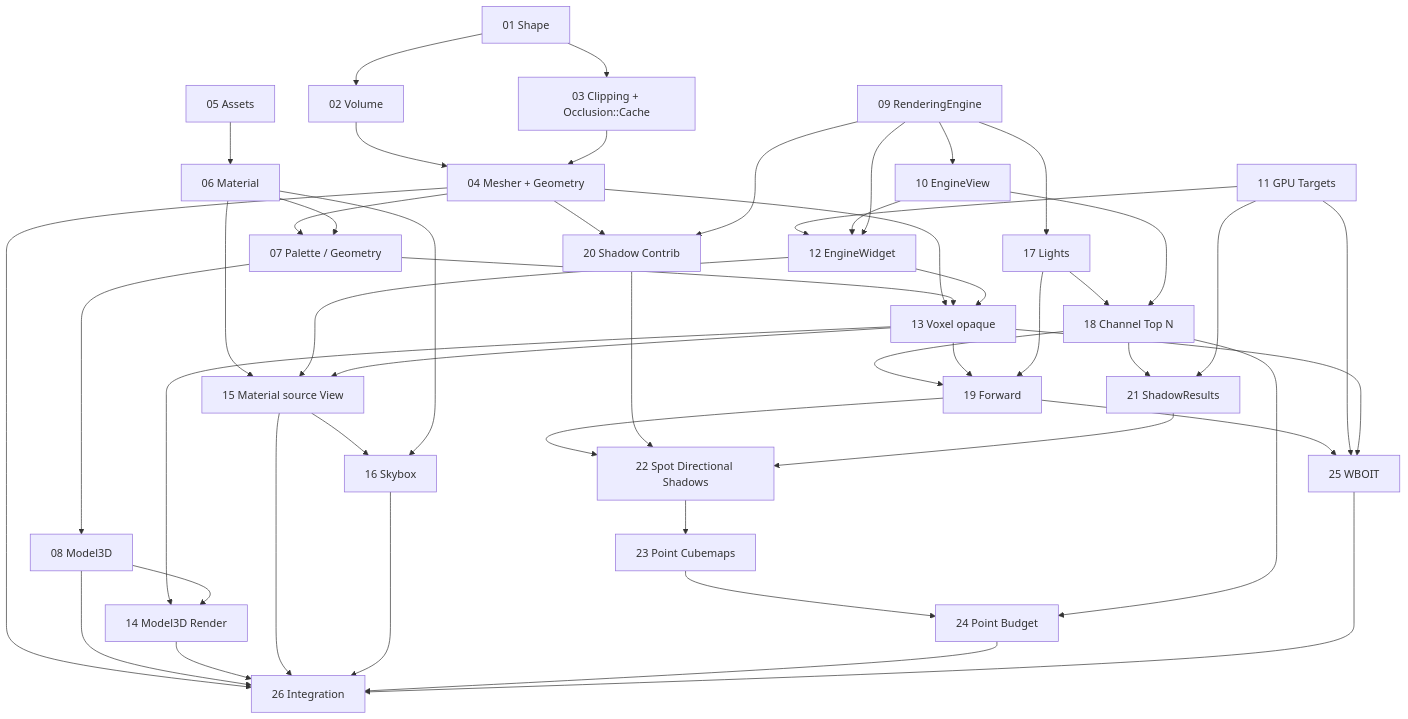
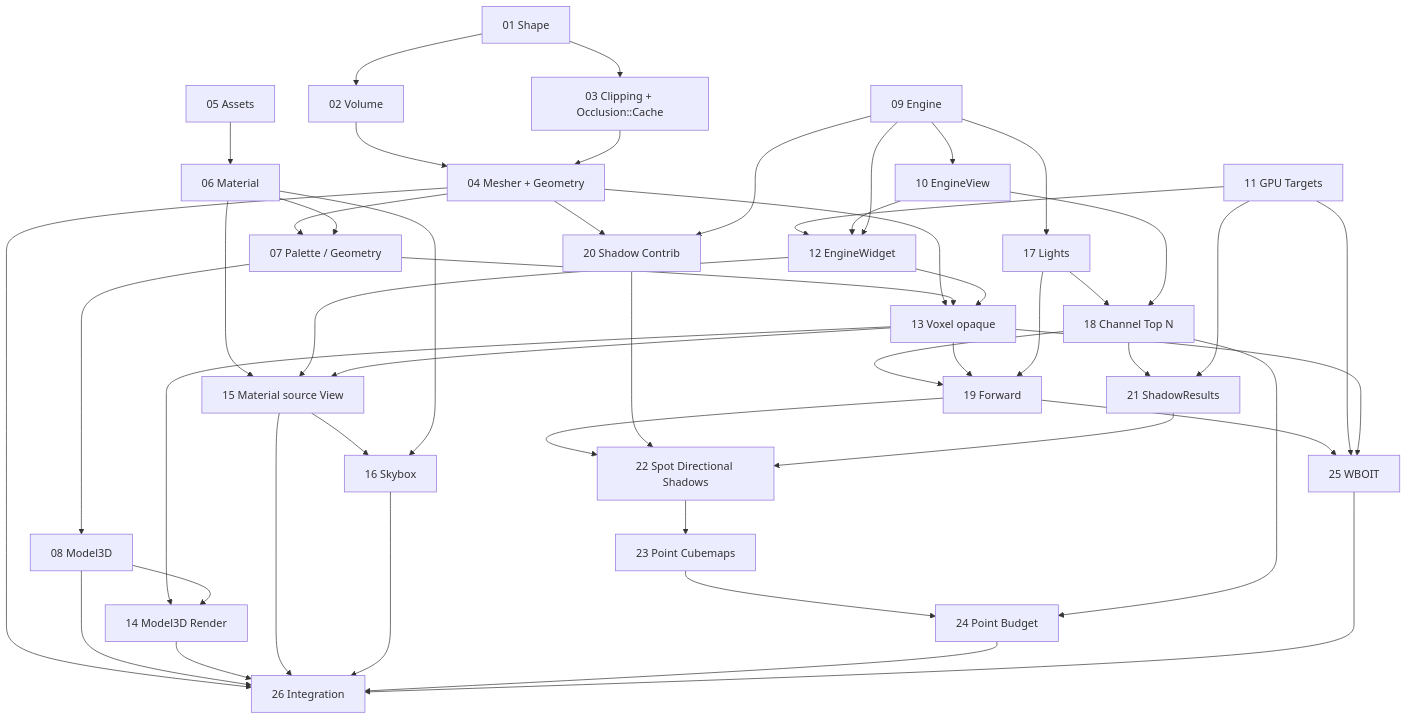
The diagram in docs/voxel-engine-v0.1.4/implementation/DEPENDENCIES.md (EreliaStudio/Sparkle), drawn with Mermaid before and after one commit. The commit also changed other lines of this file and 46 other files, not shown here.

````diff
--- a/docs/voxel-engine-v0.1.4/implementation/DEPENDENCIES.md
+++ b/docs/voxel-engine-v0.1.4/implementation/DEPENDENCIES.md
@@ -7,46 +7,46 @@
 ```mermaid
 flowchart TD
   P01["01 Shape"] --> P02["02 Volume"]
   P01 --> P03["03 Clipping + Occlusion::Cache"]
   P02 --> P04["04 Mesher + Geometry"]
   P03 --> P04
   P05["05 Assets"] --> P06["06 Material"]
   P04 --> P07["07 Palette / Geometry"]
   P06 --> P07 --> P08["08 Model3D"]
-  P09["09 RenderingEngine"] --> P10["10 EngineView"]
+  P09["09 Engine"] --> P10["10 EngineView"]
   P11["11 GPU Targets"] --> P12["12 EngineWidget"]
   P10 --> P12
   P09 --> P12
   P04 --> P13["13 Voxel opaque"]
   P07 --> P13
   P12 --> P13 --> P14["14 Model3D Render"]
   P08 --> P14
   P06 --> P15["15 Material source View"]
   P12 --> P15
   P13 --> P15 --> P16["16 Skybox"]
   P06 --> P16
   P09 --> P17["17 Lights"]
   P17 --> P18["18 Channel Top N"]
   P10 --> P18
   P18 --> P19["19 Forward"]
   P13 --> P19
   P17 --> P19
   P04 --> P20["20 Shadow Contrib"]
   P09 --> P20
   P18 --> P21["21 ShadowResults"]
   P11 --> P21
   P19 --> P22["22 Spot Directional Shadows"]
   P20 --> P22
   P21 --> P22 --> P23["23 Point Cubemaps"] --> P24["24 Point Budget"]
   P18 --> P24
   P19 --> P25["25 WBOIT"]
   P11 --> P25
   P13 --> P25
   P04 --> P26["26 Integration"]
   P08 --> P26
   P14 --> P26
   P15 --> P26
   P16 --> P26
   P24 --> P26
   P25 --> P26
 ```
````
